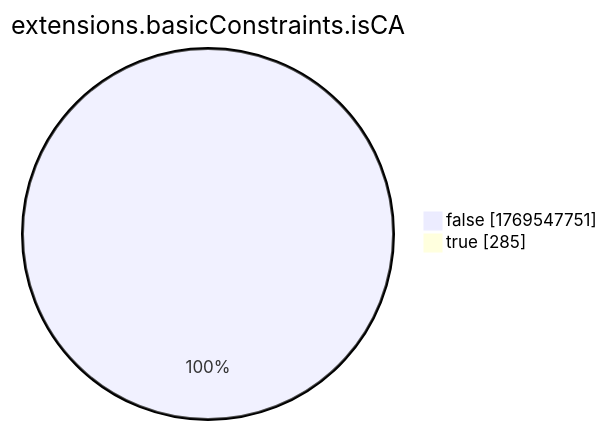
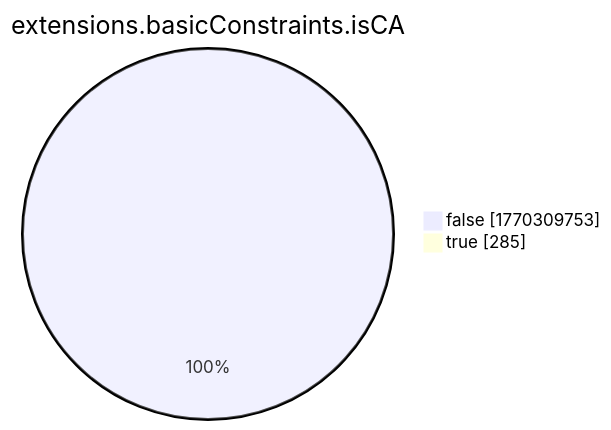
The eighth of 15 diagrams in xenon2022/README.md (christiankrug/ctmonitor_visualization), drawn with Mermaid before and after one commit. The commit also changed other lines of this file, not shown here.

````diff
--- a/xenon2022/README.md
+++ b/xenon2022/README.md
@@ -2868,6 +2868,6 @@
 ```mermaid
 pie showData
 title extensions.basicConstraints.isCA
-"false" :1769547751
+"false" :1770309753
 "true" :285
 ```
````
